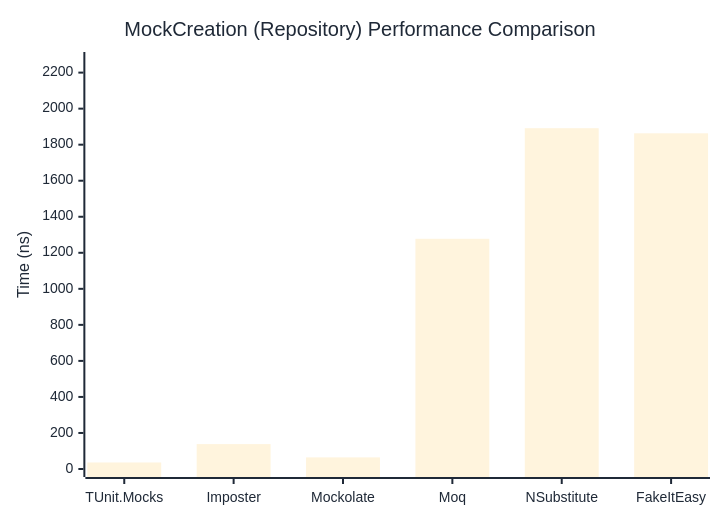
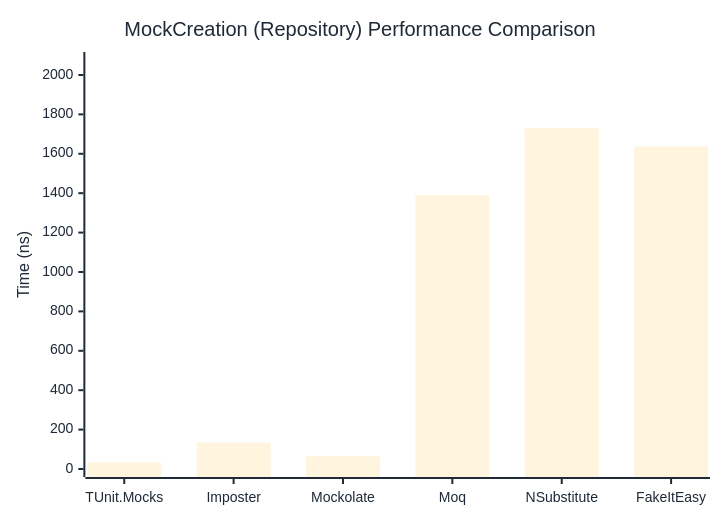
One commit to thomhurst/TUnit changed the second of 2 diagrams in docs/docs/benchmarks/mocks/MockCreation.md. Above: the diagram before and after it, drawn with Mermaid. The commit also changed other lines of this file and 14 other files, not shown here.

````diff
--- a/docs/docs/benchmarks/mocks/MockCreation.md
+++ b/docs/docs/benchmarks/mocks/MockCreation.md
@@ -69,27 +69,27 @@
 ```mermaid
 %%{init: {
   'theme':'base',
   'themeVariables': {
     'primaryColor': '#2563eb',
     'primaryTextColor': '#1f2937',
     'primaryBorderColor': '#1e40af',
     'lineColor': '#6b7280',
     'secondaryColor': '#7c3aed',
     'tertiaryColor': '#dc2626',
     'background': '#ffffff',
     'pie1': '#2563eb',
     'pie2': '#7c3aed',
     'pie3': '#dc2626',
     'pie4': '#f59e0b',
     'pie5': '#10b981',
     'pie6': '#06b6d4',
     'pie7': '#ec4899',
     'pie8': '#6366f1'
   }
 }}%%
 xychart-beta
   title "MockCreation (Repository) Performance Comparison"
   x-axis ["TUnit.Mocks", "Imposter", "Mockolate", "Moq", "NSubstitute", "FakeItEasy"]
-  y-axis "Time (ns)" 0 --> 2270
-  bar [36.22, 138.26, 64.42, 1277.66, 1891.54, 1863.22]
+  y-axis "Time (ns)" 0 --> 2076
+  bar [33.35, 134.23, 64.16, 1389, 1729.86, 1637.1]
 ```
````
